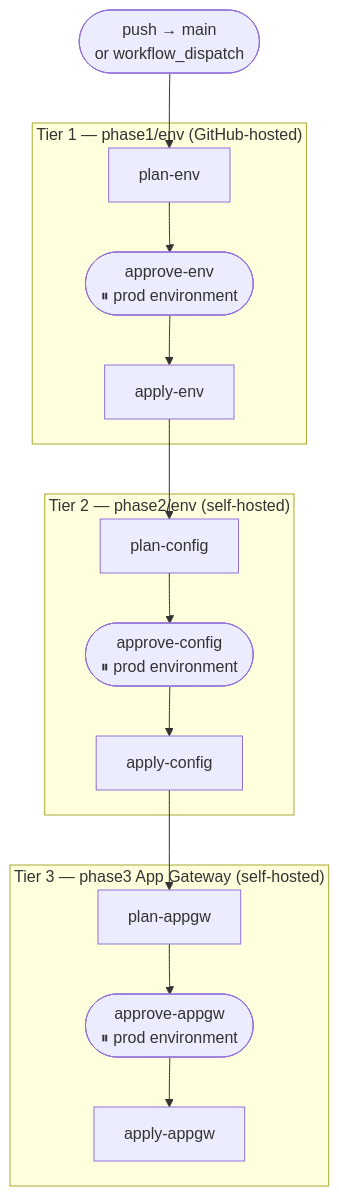
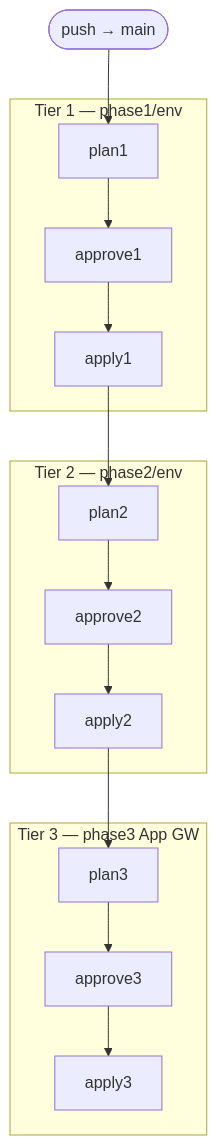
Before and after one commit to BenSR/azure-demo: the diagram in docs/2_CI-CD-Approach.md, drawn with Mermaid. The commit also changed other lines of this file and 10 other files, not shown here.

````diff
--- a/docs/2_CI-CD-Approach.md
+++ b/docs/2_CI-CD-Approach.md
@@ -144,29 +87,16 @@
 ```mermaid
 flowchart TD
-    trigger(["push → main\nor workflow_dispatch"])
-
-    subgraph tier1["Tier 1 — phase1/env (GitHub-hosted)"]
-        plan_env["plan-env"]
-        approve_env(["approve-env\n⏸ prod environment"])
-        apply_env["apply-env"]
-        plan_env --> approve_env --> apply_env
+    trigger(["push → main"])
+    subgraph tier1["Tier 1 — phase1/env"]
+        plan1 --> approve1 --> apply1
     end
-
-    subgraph tier2["Tier 2 — phase2/env (self-hosted)"]
-        plan_config["plan-config"]
-        approve_config(["approve-config\n⏸ prod environment"])
-        apply_config["apply-config"]
-        plan_config --> approve_config --> apply_config
+    subgraph tier2["Tier 2 — phase2/env"]
+        plan2 --> approve2 --> apply2
     end
-
-    subgraph tier3["Tier 3 — phase3 App Gateway (self-hosted)"]
-        plan_appgw["plan-appgw"]
-        approve_appgw(["approve-appgw\n⏸ prod environment"])
-        apply_appgw["apply-appgw"]
-        plan_appgw --> approve_appgw --> apply_appgw
+    subgraph tier3["Tier 3 — phase3 App GW"]
+        plan3 --> approve3 --> apply3
     end
-
-    trigger --> plan_env
-    apply_env --> plan_config
-    apply_config --> plan_appgw
+    trigger --> plan1
+    apply1 --> plan2
+    apply2 --> plan3
 ```
````
